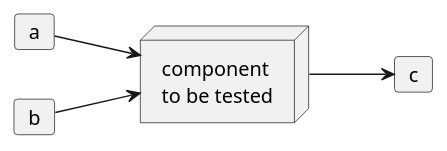
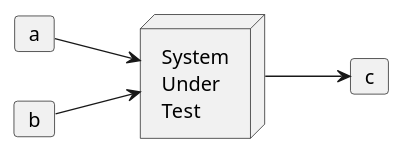
Before and after one commit to swkMagdeburg/2019-02_utws: the diagram in reveal/1_UT_Intro.md, drawn with PlantUML. The commit also changed other lines of this file and 1 other file, not shown here.

````diff
--- a/reveal/1_UT_Intro.md
+++ b/reveal/1_UT_Intro.md
@@ -35,12 +38,12 @@
 ```puml
 left to right direction
 
-node "component\nto be tested" as sut
+node "System\nUnder\nTest" as sut
 card a
 card b
 card c
 
 a --> sut
 b --> sut
 sut --> c
 ```
````
